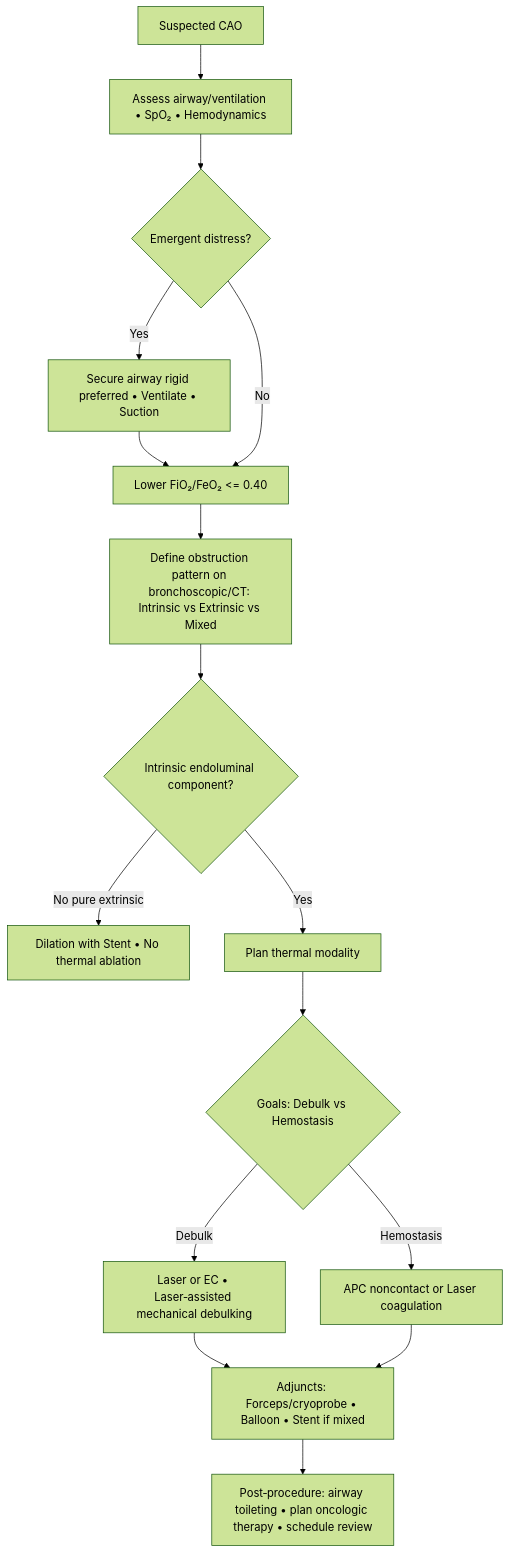
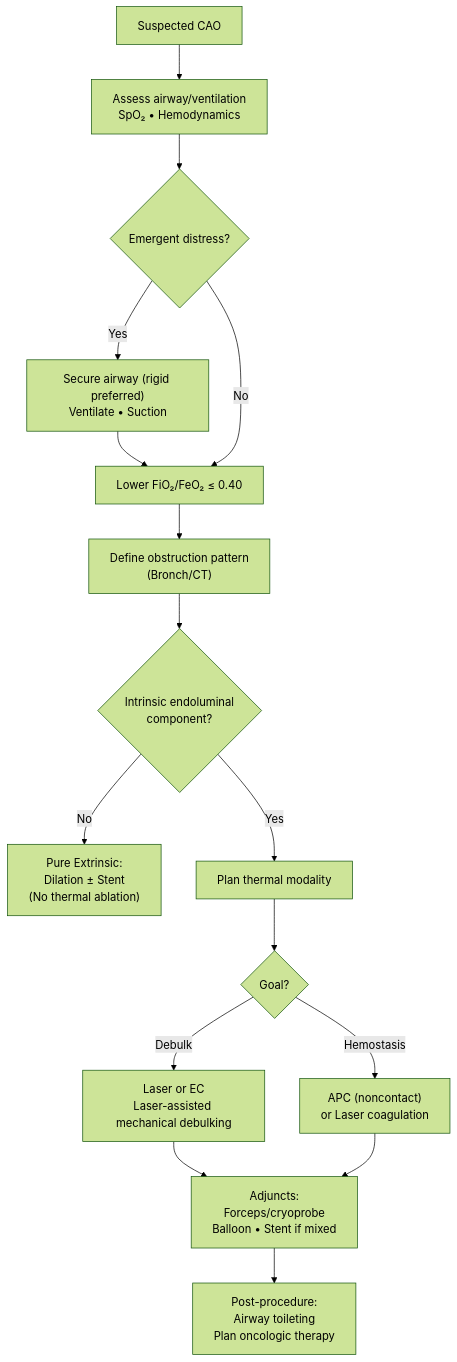
The first of 2 diagrams in content/modules/board/thermal-ablatitive-therapies.mdx (russellmiller49/Interventional-Pulm-Education-Project), drawn with Mermaid (forest theme) before and after one commit. The commit also changed other lines of this file and 45 other files, not shown here.

````diff
--- a/content/modules/board/thermal-ablatitive-therapies.mdx
+++ b/content/modules/board/thermal-ablatitive-therapies.mdx
@@ -213,18 +154,30 @@
 ```mermaid
-flowchart TD
-A[Suspected CAO] --> B[Assess airway/ventilation • SpO₂ • Hemodynamics]
-B --> C{Emergent distress?}
-C -->|Yes| D[Secure airway rigid preferred • Ventilate • Suction]
-D --> E[Lower FiO₂/FeO₂ &lt;= 0.40]
-C -->|No| E
-E --> F[Define obstruction pattern on bronchoscopic/CT: Intrinsic vs Extrinsic vs Mixed]
-F --> G{Intrinsic endoluminal component?}
-G -->|No pure extrinsic| H[Dilation with Stent • No thermal ablation]
-G -->|Yes| I[Plan thermal modality]
-I --> J{Goals: Debulk vs Hemostasis}
-J -->|Debulk| K[Laser or EC • Laser‑assisted mechanical debulking]
-J -->|Hemostasis| L[APC noncontact or Laser coagulation]
-K --> M[Adjuncts: Forceps/cryoprobe • Balloon • Stent if mixed]
-L --> M
-M --> N[Post‑procedure: airway toileting • plan oncologic therapy • schedule review]
+graph TD
+        A["Suspected CAO"] --> B["Assess airway/ventilation
+SpO₂ • Hemodynamics"]
+        B --> C{"Emergent distress?"}
+        C -- Yes --> D["Secure airway (rigid preferred)
+Ventilate • Suction"]
+        D --> E["Lower FiO₂/FeO₂ ≤ 0.40"]
+        C -- No --> E
+        E --> F["Define obstruction pattern
+(Bronch/CT)"]
+        F --> G{"Intrinsic endoluminal
+component?"}
+        G -- No --> H["Pure Extrinsic:
+Dilation ± Stent
+(No thermal ablation)"]
+        G -- Yes --> I["Plan thermal modality"]
+        I --> J{"Goal?"}
+        J -- Debulk --> K["Laser or EC
+Laser-assisted mechanical debulking"]
+        J -- Hemostasis --> L["APC (noncontact)
+or Laser coagulation"]
+        K --> M["Adjuncts:
+Forceps/cryoprobe
+Balloon • Stent if mixed"]
+        L --> M
+        M --> N["Post-procedure:
+Airway toileting
+Plan oncologic therapy"]
 ```
````
